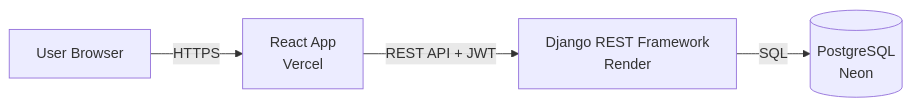
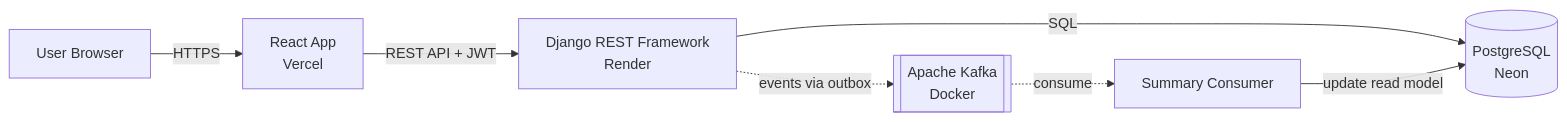
The first of 2 diagrams in README.md (Manu577228/FullStack-21-Expense-Splitter-Fractal), drawn with Mermaid before and after one commit. The commit also changed other lines of this file, not shown here.

````diff
--- a/README.md
+++ b/README.md
@@ -52,6 +84,9 @@
 ```mermaid
 flowchart LR
     U[User Browser] -->|HTTPS| F[React App<br/>Vercel]
     F -->|REST API + JWT| B[Django REST Framework<br/>Render]
     B -->|SQL| D[(PostgreSQL<br/>Neon)]
+    B -. events via outbox .-> K[[Apache Kafka<br/>Docker]]
+    K -. consume .-> C[Summary Consumer]
+    C -->|update read model| D
 ```
````
